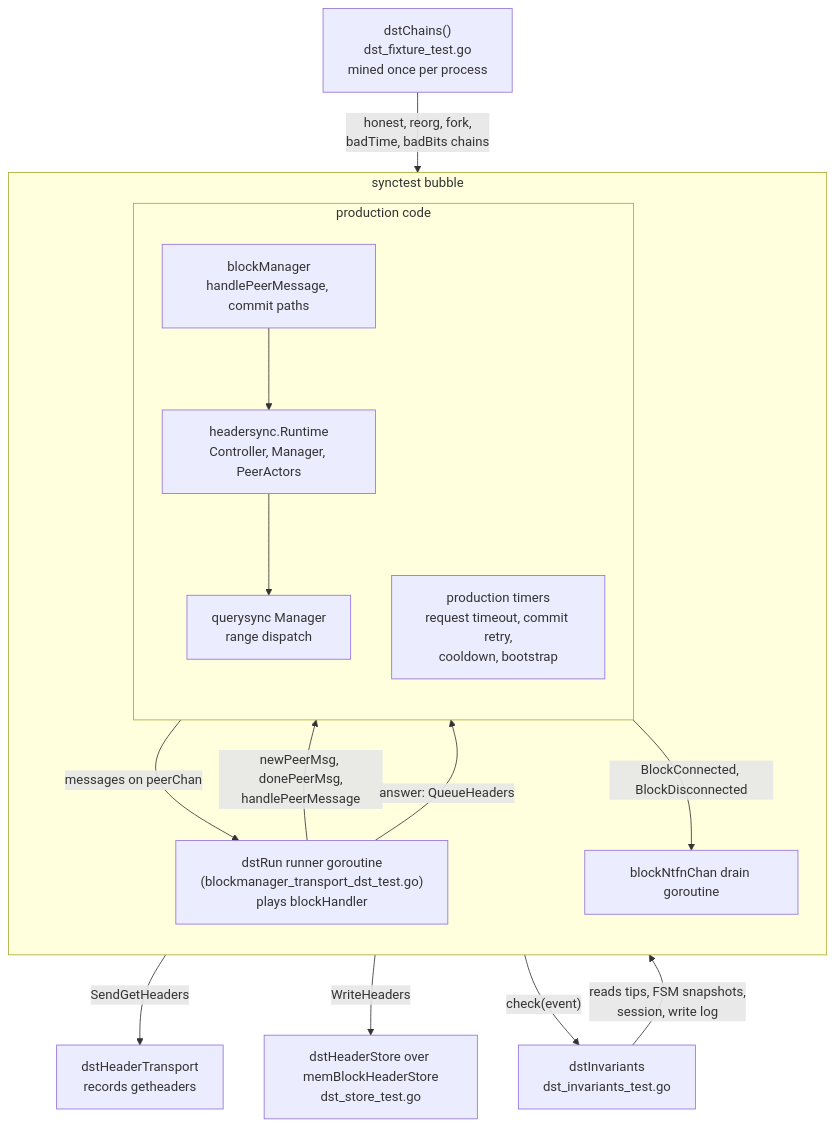
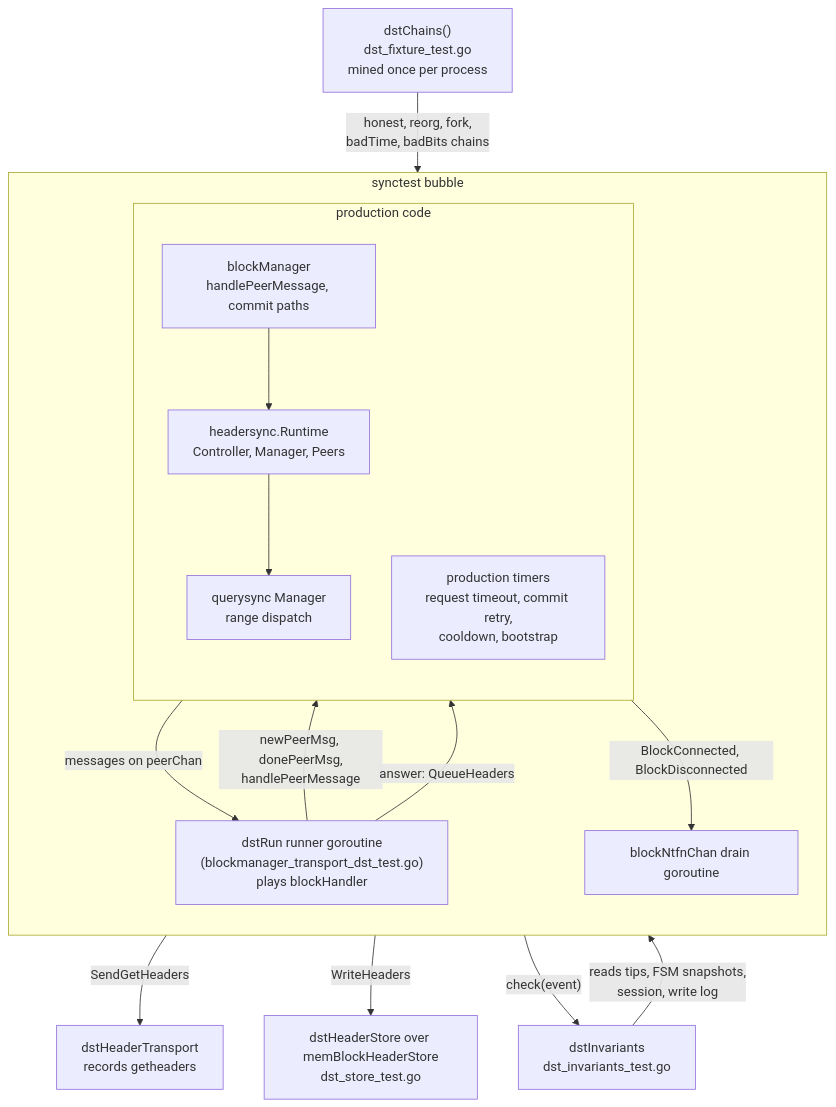
Before and after one commit to lightninglabs/neutrino: the first of 6 diagrams in docs/deterministic-sync-testing.md, drawn with Mermaid. The commit also changed other lines of this file and 19 other files, not shown here.

````diff
--- a/docs/deterministic-sync-testing.md
+++ b/docs/deterministic-sync-testing.md
@@ -82,32 +82,32 @@
 ```mermaid
 flowchart TB
     subgraph BUBBLE["synctest bubble"]
         direction TB
         run["dstRun runner goroutine<br/>(blockmanager_transport_dst_test.go)<br/>plays blockHandler"]
         subgraph PROD["production code"]
             direction TB
             bm["blockManager<br/>handlePeerMessage, commit paths"]
-            hs["headersync.Runtime<br/>Controller, Manager, PeerActors"]
+            hs["headersync.Runtime<br/>Controller, Manager, Peers"]
             qs["querysync Manager<br/>range dispatch"]
             timers["production timers<br/>request timeout, commit retry,<br/>cooldown, bootstrap"]
         end
         drain["blockNtfnChan drain goroutine"]
     end
 
     fixture["dstChains()<br/>dst_fixture_test.go<br/>mined once per process"]
     store["dstHeaderStore over memBlockHeaderStore<br/>dst_store_test.go"]
     transport["dstHeaderTransport<br/>records getheaders"]
     inv["dstInvariants<br/>dst_invariants_test.go"]
 
     run -- "newPeerMsg, donePeerMsg,<br/>handlePeerMessage" --> bm
     bm --> hs
     hs --> qs
     bm -- "SendGetHeaders" --> transport
     run -- "answer: QueueHeaders" --> bm
     timers -- "messages on peerChan" --> run
     bm -- "WriteHeaders" --> store
     bm -- "BlockConnected, BlockDisconnected" --> drain
     fixture -- "honest, reorg, fork,<br/>badTime, badBits chains" --> run
     run -- "check(event)" --> inv
     inv -- "reads tips, FSM snapshots,<br/>session, write log" --> bm
 ```
````
